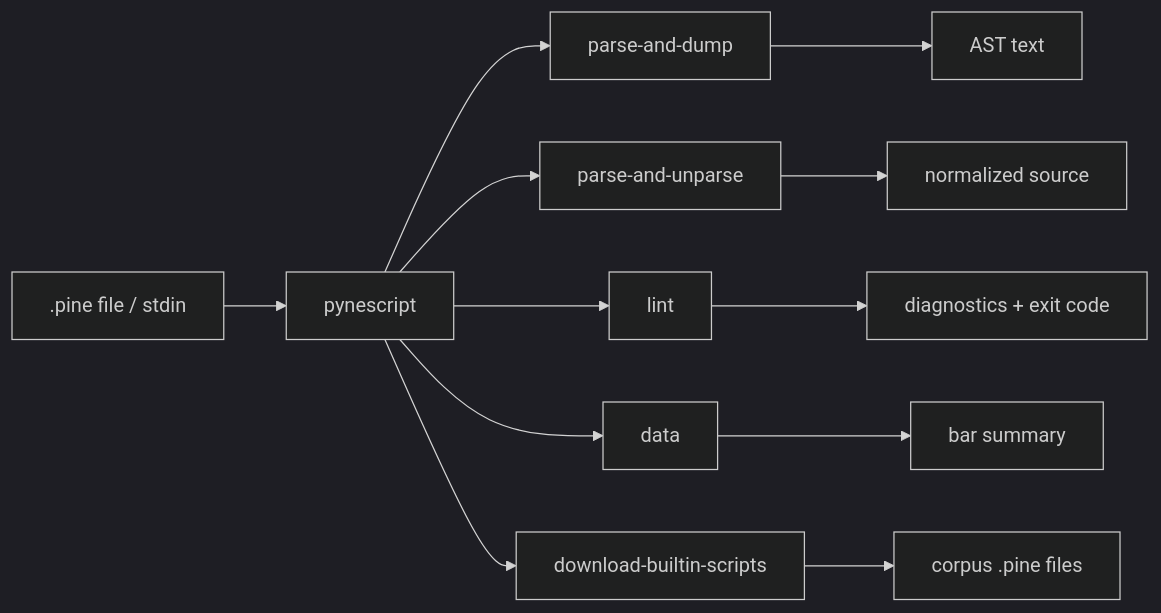
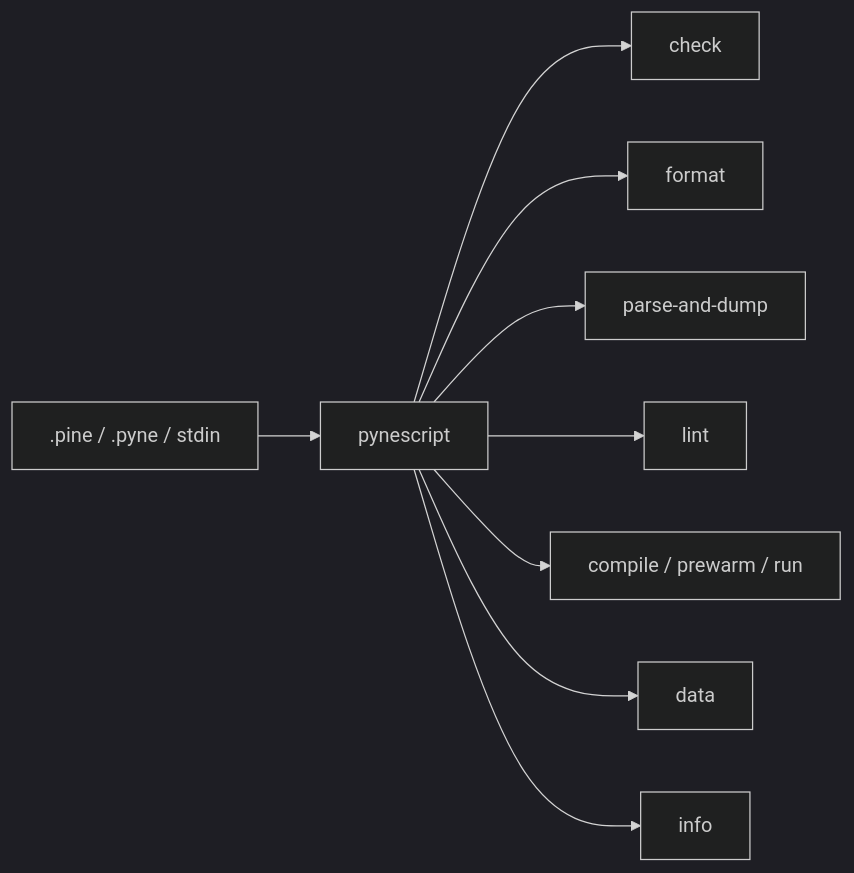
One commit to hoox-sh/pyne changed the diagram in docs/pyne/enduser/guides/cli.mdx. Above: the diagram before and after it, drawn with Mermaid (dark theme). The commit also changed other lines of this file and 8 other files, not shown here.

````diff
--- a/docs/pyne/enduser/guides/cli.mdx
+++ b/docs/pyne/enduser/guides/cli.mdx
@@ -33,14 +33,11 @@
 ```mermaid
 flowchart LR
-  F[.pine file / stdin] --> C[pynescript]
+  F[.pine / .pyne / stdin] --> C[pynescript]
+  C --> CH[check]
+  C --> FMT[format]
   C --> D[parse-and-dump]
-  C --> U[parse-and-unparse]
   C --> L[lint]
+  C --> CO[compile / prewarm / run]
   C --> M[data]
-  C --> B[download-builtin-scripts]
-  D --> OUT1[AST text]
-  U --> OUT2[normalized source]
-  L --> OUT3[diagnostics + exit code]
-  M --> OUT4[bar summary]
-  B --> OUT5[corpus .pine files]
+  C --> I[info]
 ```
````
